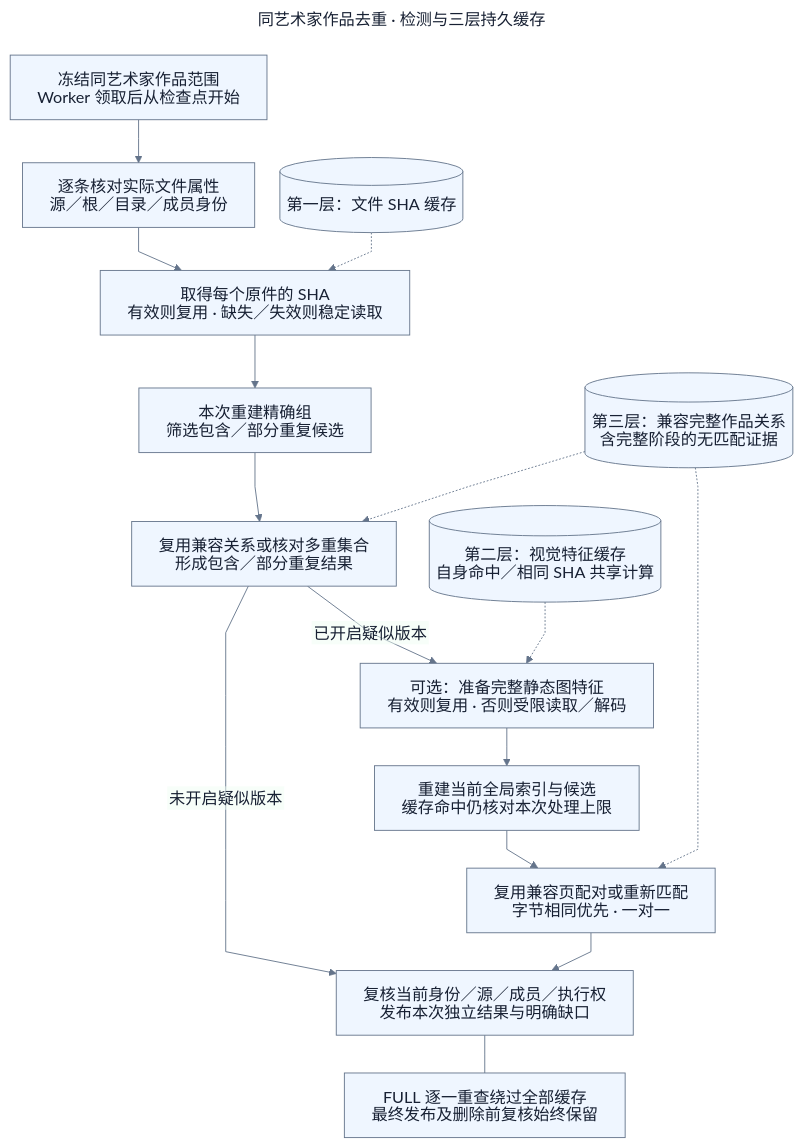
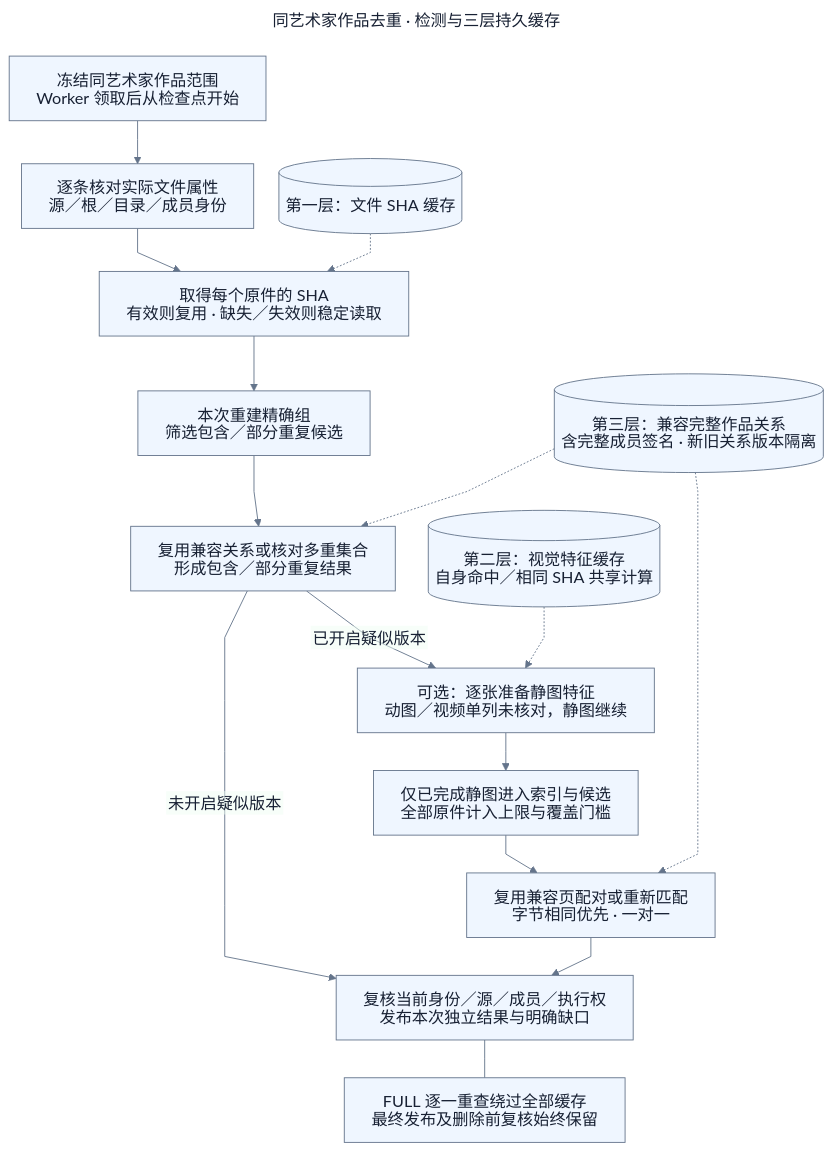
One commit to namehu/PixiShelf changed the diagram in docs/diagrams/features/artwork-deduplication/detection.mmd. Above: the diagram before and after it, drawn with Mermaid. The commit also changed 44 other files, not shown here.

```diff
--- a/docs/diagrams/features/artwork-deduplication/detection.mmd
+++ b/docs/diagrams/features/artwork-deduplication/detection.mmd
@@ -1,44 +1,44 @@
 ---
 config:
   theme: base
   htmlLabels: false
   themeVariables:
     fontFamily: 'Arial, PingFang SC, Microsoft YaHei, sans-serif'
     fontSize: 18px
     background: '#ffffff'
     primaryColor: '#eff6ff'
     primaryTextColor: '#172033'
     primaryBorderColor: '#64748b'
     lineColor: '#64748b'
     secondaryColor: '#f0fdf4'
     tertiaryColor: '#fff7ed'
   flowchart:
     htmlLabels: false
     curve: linear
     nodeSpacing: 28
     rankSpacing: 42
     wrappingWidth: 340
 title: 同艺术家作品去重 · 检测与三层持久缓存
 ---
 flowchart TB
   D01[冻结同艺术家作品范围<br/>Worker 领取后从检查点开始]
   D02[逐条核对实际文件属性<br/>源／根／目录／成员身份]
   D03[(第一层：文件 SHA 缓存)]
   D04[取得每个原件的 SHA<br/>有效则复用 · 缺失／失效则稳定读取]
   D05[本次重建精确组<br/>筛选包含／部分重复候选]
   D06[复用兼容关系或核对多重集合<br/>形成包含／部分重复结果]
-  D07[可选：准备完整静态图特征<br/>有效则复用 · 否则受限读取／解码]
+  D07[可选：逐张准备静图特征<br/>动图／视频单列未核对，静图继续]
   D08[(第二层：视觉特征缓存<br/>自身命中／相同 SHA 共享计算)]
-  D09[重建当前全局索引与候选<br/>缓存命中仍核对本次处理上限]
+  D09[仅已完成静图进入索引与候选<br/>全部原件计入上限与覆盖门槛]
   D10[复用兼容页配对或重新匹配<br/>字节相同优先 · 一对一]
-  D11[(第三层：兼容完整作品关系<br/>含完整阶段的无匹配证据)]
+  D11[(第三层：兼容完整作品关系<br/>含完整成员签名 · 新旧关系版本隔离)]
   D12[复核当前身份／源／成员／执行权<br/>发布本次独立结果与明确缺口]
   D01 --> D02 --> D04 --> D05 --> D06
   D03 -.-> D04
   D11 -.-> D06
   D06 -->|未开启疑似版本| D12
   D06 -->|已开启疑似版本| D07 --> D09 --> D10 --> D12
   D08 -.-> D07
   D11 -.-> D10
   D13[FULL 逐一重查绕过全部缓存<br/>最终发布及删除前复核始终保留]
   D12 --- D13
```
